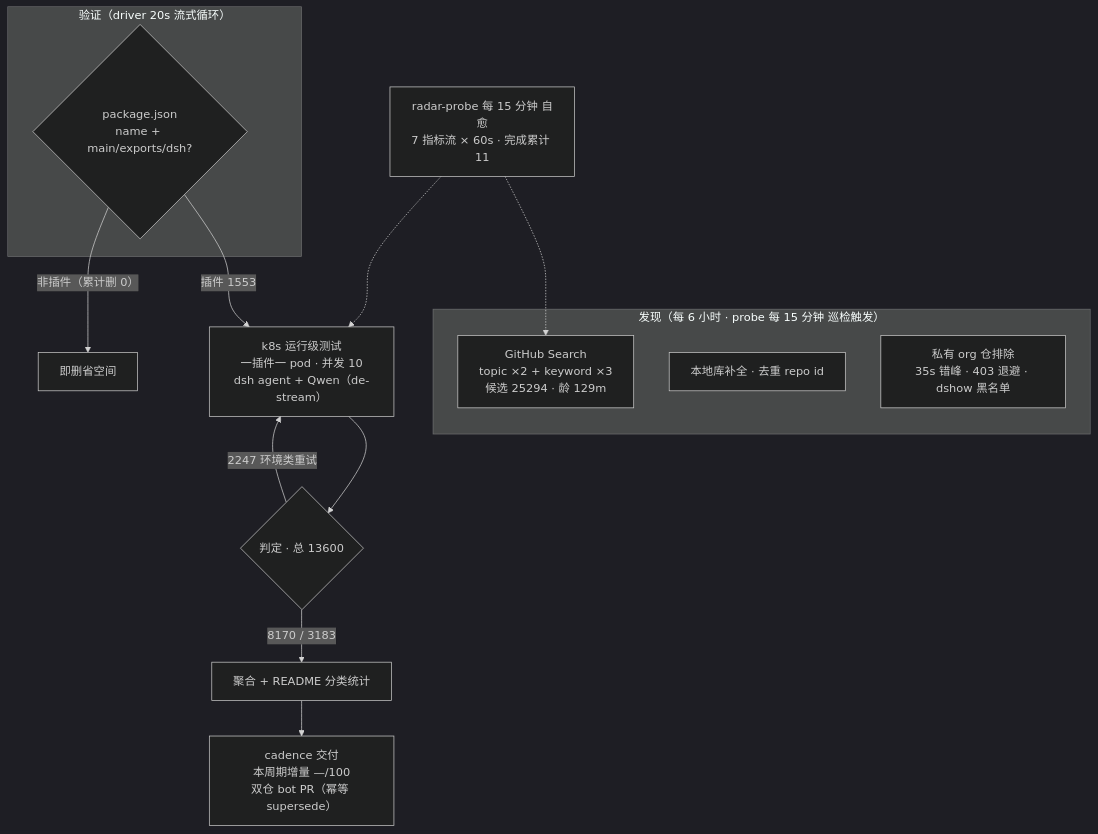
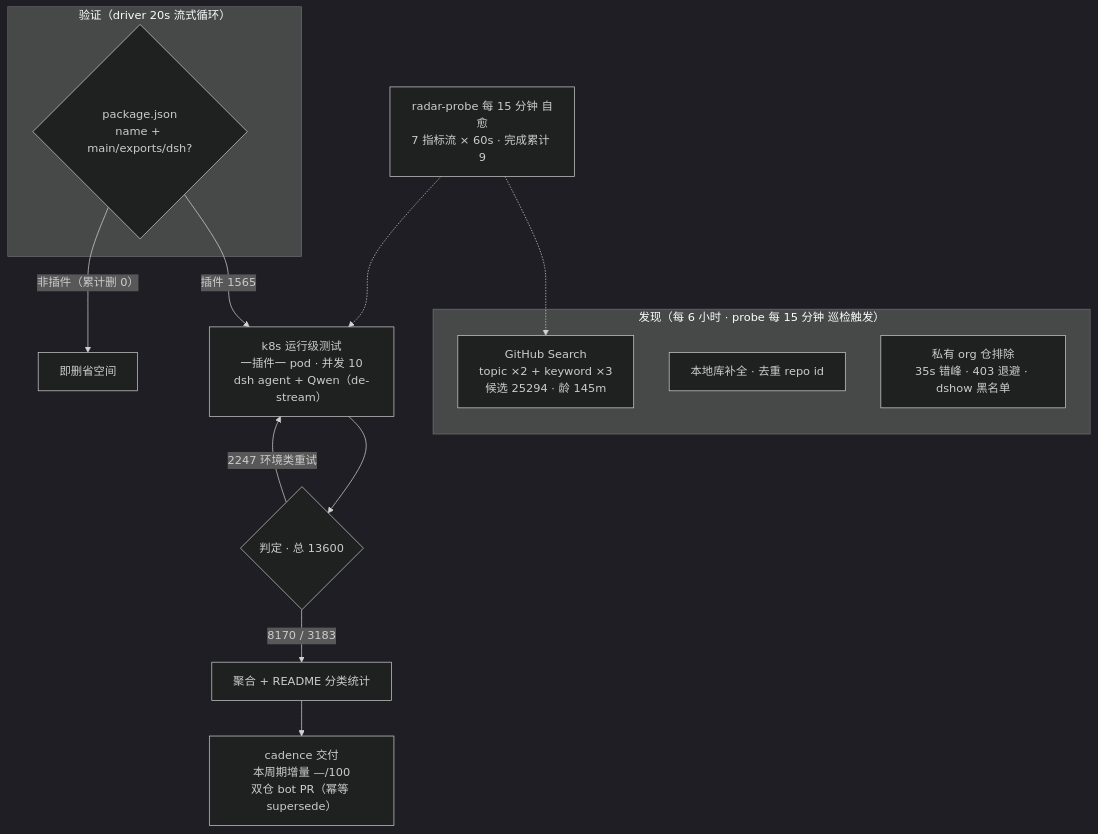
The diagram in README.md (Zhidao-Lab-OSS/awesome-dsh-plugins), drawn with Mermaid (dark theme) before and after one commit. The commit also changed other lines of this file and 1 other file, not shown here.

Commit message:
readme-render: 渲染自快照 20261001T034501Z（自托管 Bot B · merge 门控）

````diff
--- a/README.md
+++ b/README.md
@@ -99,20 +99,20 @@
 ```mermaid
 flowchart TB
     subgraph Discovery["发现（每 6 小时 · probe 每 15 分钟 巡检触发）"]
-        A1["GitHub Search<br/>topic ×2 + keyword ×3<br/>候选 25294 · 龄 129m"]
+        A1["GitHub Search<br/>topic ×2 + keyword ×3<br/>候选 25294 · 龄 145m"]
         A2["本地库补全 · 去重 repo id"]
         A3["私有 org 仓排除<br/>35s 错峰 · 403 退避 · dshow 黑名单"]
     end
     subgraph Validation["验证（driver 20s 流式循环）"]
         B1{"package.json<br/>name + main/exports/dsh?"}
     end
-    B1 -->|"插件 1553"| C1["k8s 运行级测试<br/>一插件一 pod · 并发 10<br/>dsh agent + Qwen（de-stream）"]
+    B1 -->|"插件 1565"| C1["k8s 运行级测试<br/>一插件一 pod · 并发 10<br/>dsh agent + Qwen（de-stream）"]
     B1 -->|"非插件（累计删 0）"| B3["即删省空间"]
     C1 --> D1{"判定 · 总 13600"}
     D1 -->|"8170 / 3183"| E1["聚合 + README 分类统计"]
     D1 -->|"2247 环境类重试"| C1
     E1 --> E2["cadence 交付<br/>本周期增量 —/100<br/>双仓 bot PR（幂等 supersede）"]
-    M["radar-probe 每 15 分钟 自愈<br/>7 指标流 × 60s · 完成累计 11"]
+    M["radar-probe 每 15 分钟 自愈<br/>7 指标流 × 60s · 完成累计 9"]
     M -.-> A1
     M -.-> C1
 ```
````
